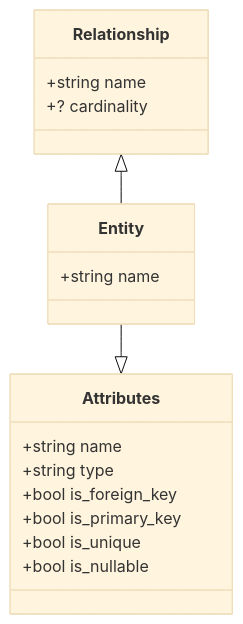
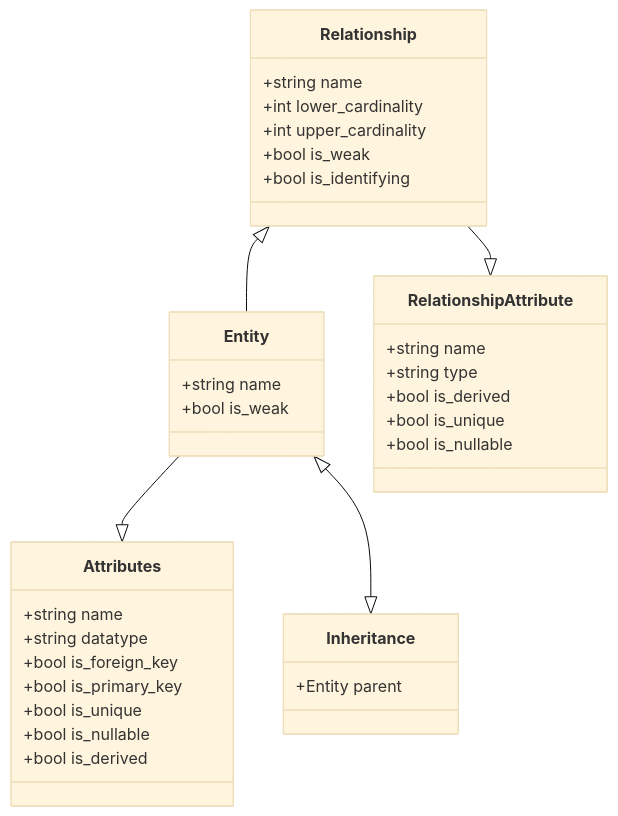
Before and after one commit to TobiasBak/mdsd: the diagram in metamodel_exercise/metamodel.md, drawn with Mermaid (base theme).

Commit message:
Modified metamodel with inheritance and relationship-attributes

````diff
--- a/metamodel_exercise/metamodel.md
+++ b/metamodel_exercise/metamodel.md
@@ -1,25 +1,44 @@
 ```mermaid
 classDiagram
 
     Entity --|> Attributes
     Relationship <|-- Entity
+    Relationship --|> RelationshipAttribute
+    Entity <|--|> Inheritance
 
     class Attributes{
         +string name
-        +string type
+        +string datatype
         +bool is_foreign_key
         +bool is_primary_key
         +bool is_unique
         +bool is_nullable
+        +bool is_derived
     }
 
     class Entity{
         +string name
+        +bool is_weak
     }
 
     class Relationship{
         +string name
-        +? cardinality
+        +int lower_cardinality
+        +int upper_cardinality
+        +bool is_weak
+        +bool is_identifying
+    }
+
+    class RelationshipAttribute{
+        +string name
+        +string type
+        +bool is_derived
+        +bool is_unique
+        +bool is_nullable
+    }
+
+    class Inheritance{
+        +Entity parent
     }
 
 ```  
````
